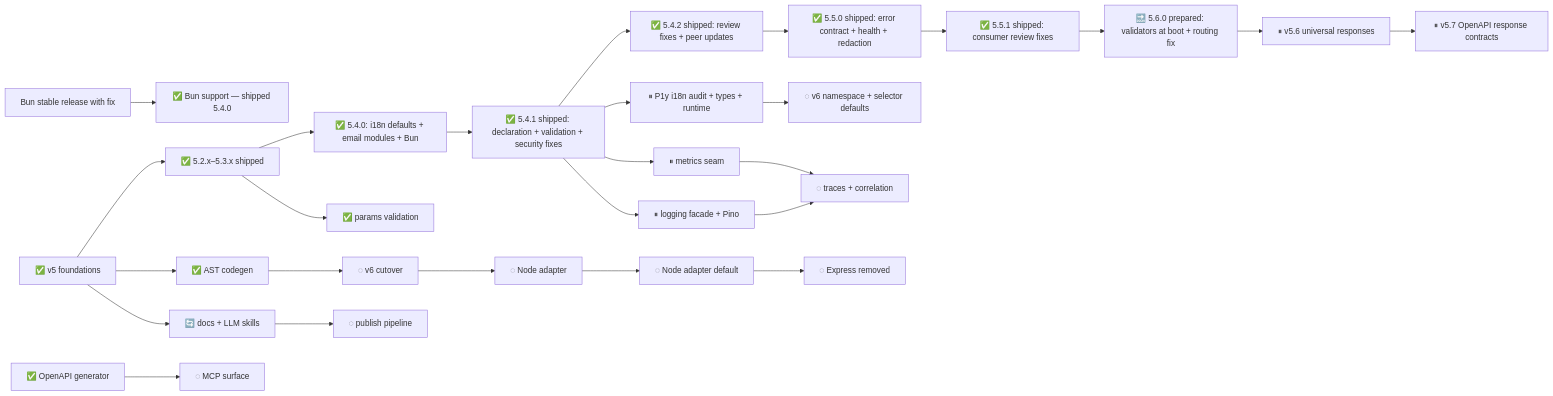
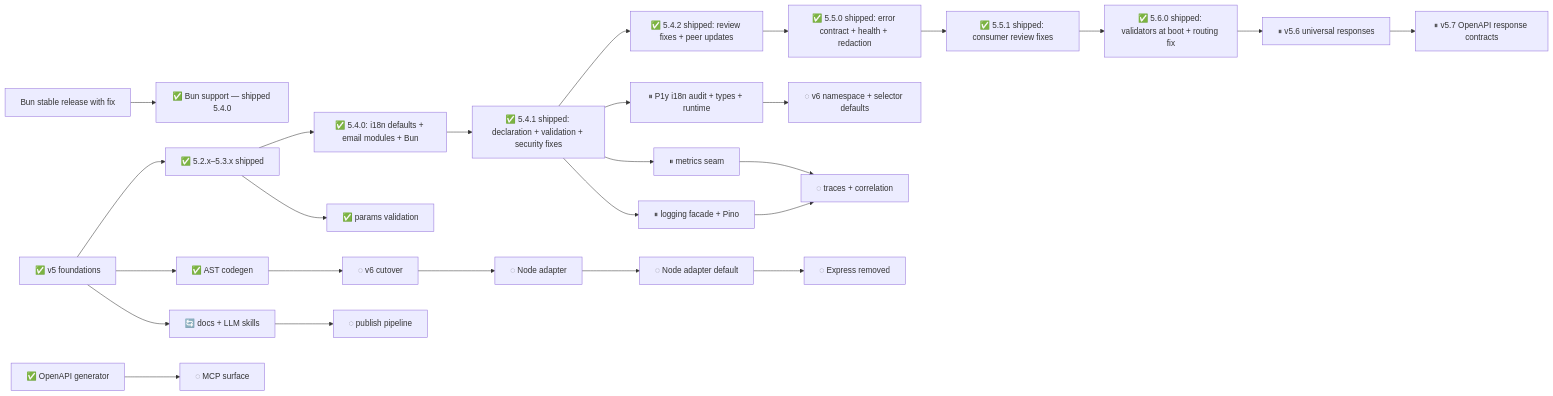
The diagram in .plans/refactor/README.md (adaptivestone/framework), drawn with Mermaid before and after one commit. The commit also changed other lines of this file and 1 other file, not shown here.

````diff
--- a/.plans/refactor/README.md
+++ b/.plans/refactor/README.md
@@ -54,35 +55,35 @@
 ```mermaid
 flowchart LR
     Foundation["✅ v5 foundations"] --> Patch["✅ 5.2.x–5.3.x shipped"]
     Patch --> Released["✅ 5.4.0: i18n defaults + email modules + Bun"]
     Released --> Unreleased["✅ 5.4.1 shipped: declaration + validation + security fixes"]
 
     Unreleased --> Patch542["✅ 5.4.2 shipped: review fixes + peer updates"]
     Patch542 --> Minor550["✅ 5.5.0 shipped: error contract + health + redaction"]
     Minor550 --> Patch551["✅ 5.5.1 shipped: consumer review fixes"]
-    Patch551 --> Minor560["🔜 5.6.0 prepared: validators at boot + routing fix"]
+    Patch551 --> Minor560["✅ 5.6.0 shipped: validators at boot + routing fix"]
     Minor560 --> Responses["⏸ v5.6 universal responses"]
     Responses --> OpenAPI["⏸ v5.7 OpenAPI response contracts"]
 
     BunRelease["Bun stable release with fix"] --> BunSupport["✅ Bun support — shipped 5.4.0"]
 
     Unreleased --> I18nV5["⏸ P1y i18n audit + types + runtime"]
     I18nV5 --> I18nV6["◌ v6 namespace + selector defaults"]
 
     Foundation --> Codegen["✅ AST codegen"]
     Codegen --> V6["◌ v6 cutover"]
     V6 --> NodeAdapter["◌ Node adapter"]
     NodeAdapter --> DefaultNode["◌ Node adapter default"]
     DefaultNode --> DropExpress["◌ Express removed"]
 
     Foundation --> Docs["🔄 docs + LLM skills"]
     Docs --> Publish["◌ publish pipeline"]
 
     Patch --> Params["✅ params validation"]
     Unreleased --> Metrics["⏸ metrics seam"]
     Unreleased --> Logging["⏸ logging facade + Pino"]
     Logging --> Observability["◌ traces + correlation"]
     Metrics --> Observability
 
     OpenAPIGen["✅ OpenAPI generator"] --> MCP["◌ MCP surface"]
 ```
````
